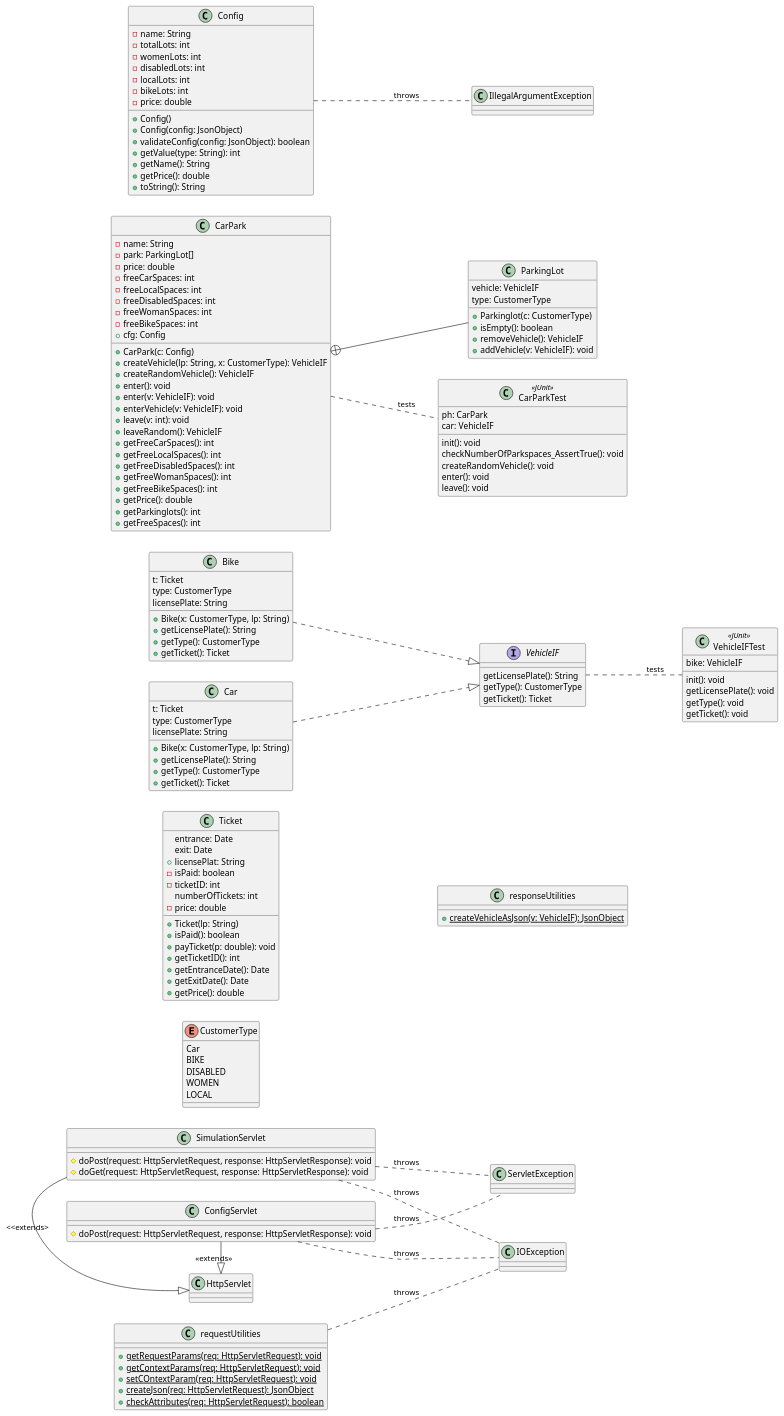
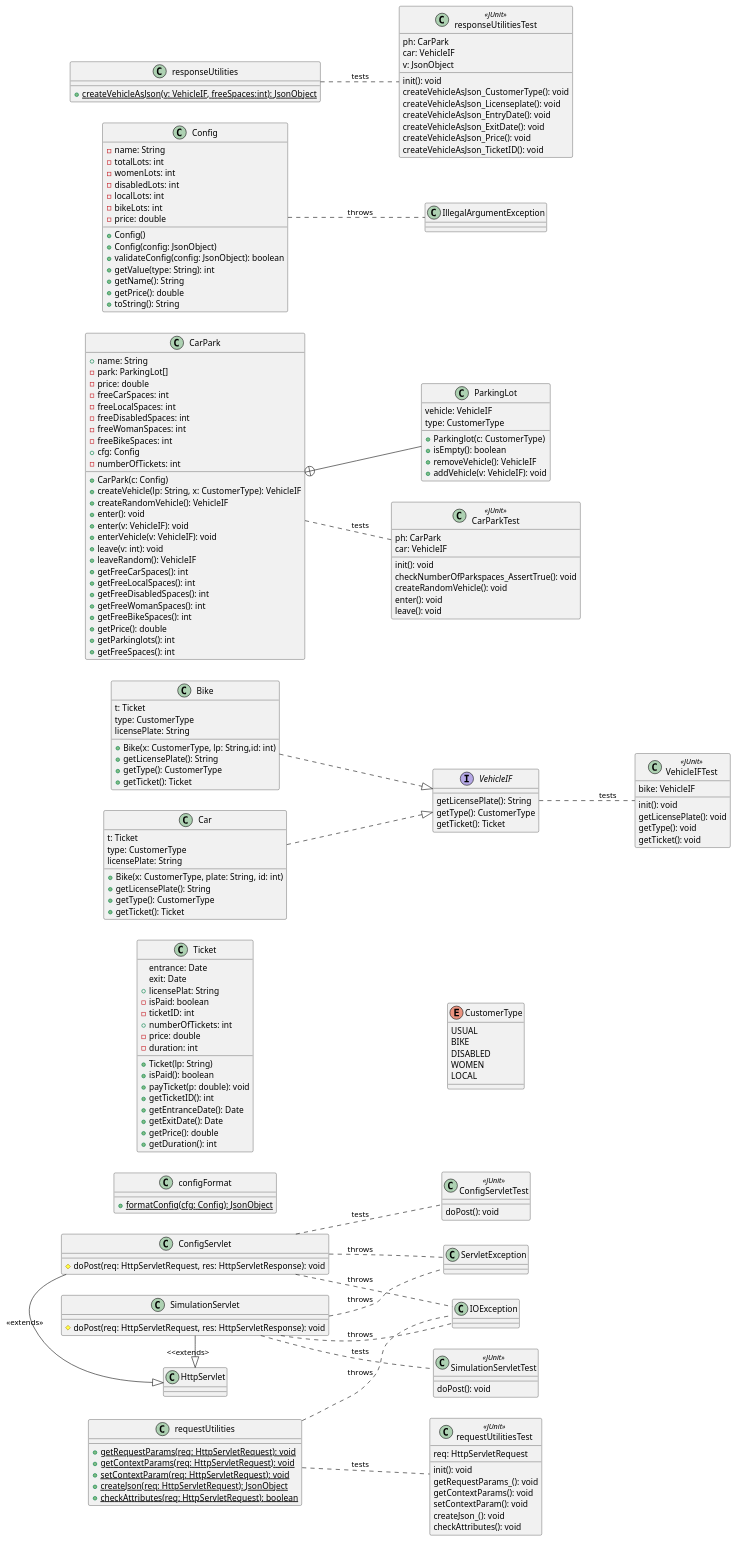
The diagram in UML/ParkhausClass.puml (jhausin/ParkhausSE1), drawn with PlantUML before and after one commit.

Commit message:
changed Class diagram

```diff
--- a/UML/ParkhausClass.puml
+++ b/UML/ParkhausClass.puml
@@ -6,12 +6,12 @@
 left to right direction
 
 class ConfigServlet{
-    #doPost(request: HttpServletRequest, response: HttpServletResponse): void
+    #doPost(req: HttpServletRequest, res: HttpServletResponse): void
 }
 
 class SimulationServlet{
-    #doPost(request: HttpServletRequest, response: HttpServletResponse): void
-    #doGet(request: HttpServletRequest, response: HttpServletResponse): void
+    #doPost(req: HttpServletRequest, res: HttpServletResponse): void
+
 }
 
 interface VehicleIF{
@@ -26,7 +26,7 @@
     type: CustomerType
     licensePlate: String
 
-    +Bike(x: CustomerType, lp: String)
+    +Bike(x: CustomerType, lp: String,id: int)
     +getLicensePlate(): String
     +getType(): CustomerType
     +getTicket(): Ticket
@@ -38,14 +38,14 @@
         type: CustomerType
         licensePlate: String
 
-        +Bike(x: CustomerType, lp: String)
+        +Bike(x: CustomerType, plate: String, id: int)
         +getLicensePlate(): String
         +getType(): CustomerType
         +getTicket(): Ticket
 }
 
 class CarPark{
-    -name: String
+    +name: String
     -park: ParkingLot[]
     -price: double
     -freeCarSpaces: int
@@ -54,6 +54,7 @@
     -freeWomanSpaces: int
     -freeBikeSpaces: int
     +cfg: Config
+    -numberOfTickets: int
 
     +CarPark(c: Config)
     +createVehicle(lp: String, x: CustomerType): VehicleIF
@@ -109,8 +110,9 @@
     +licensePlat: String
     -isPaid: boolean
     -ticketID: int
-    numberOfTickets: int
+    +numberOfTickets: int
     -price: double
+    -duration: int
 
     +Ticket(lp: String)
     +isPaid(): boolean
@@ -119,11 +121,16 @@
     +getEntranceDate(): Date
     +getExitDate(): Date
     +getPrice(): double
+    +getDuration(): int
 
 }
 
+class configFormat{
+    {static}+ formatConfig(cfg: Config): JsonObject
+}
+
 enum CustomerType{
-    Car
+    USUAL
     BIKE
     DISABLED
     WOMEN
@@ -133,13 +140,46 @@
 class requestUtilities{
     {static}+getRequestParams(req: HttpServletRequest): void
     {static}+getContextParams(req: HttpServletRequest): void
-    {static}+setCOntextParam(req: HttpServletRequest): void
+    {static}+setContextParam(req: HttpServletRequest): void
     {static}+createJson(req: HttpServletRequest): JsonObject
     {static}+checkAttributes(req: HttpServletRequest): boolean
 }
 
 class responseUtilities{
-    {static}+createVehicleAsJson(v: VehicleIF): JsonObject
+    {static}+createVehicleAsJson(v: VehicleIF, freeSpaces:int): JsonObject
+}
+
+class ConfigServletTest <<JUnit>>{
+    doPost(): void
+}
+
+class requestUtilitiesTest <<JUnit>>{
+    req: HttpServletRequest
+
+    init(): void
+    getRequestParams_(): void
+    getContextParams(): void
+    setContextParam(): void
+    createJson_(): void
+    checkAttributes(): void
+}
+
+class responseUtilitiesTest <<JUnit>>{
+    ph: CarPark
+    car: VehicleIF
+    v: JsonObject
+
+    init(): void
+    createVehicleAsJson_CustomerType(): void
+    createVehicleAsJson_Licenseplate(): void
+    createVehicleAsJson_EntryDate(): void
+    createVehicleAsJson_ExitDate(): void
+    createVehicleAsJson_Price(): void
+    createVehicleAsJson_TicketID(): void
+}
+
+class SimulationServletTest <<JUnit>>{
+    doPost(): void
 }
 
 class CarParkTest <<JUnit>>{
@@ -189,6 +229,10 @@
 
 VehicleIF .. VehicleIFTest: tests
 CarPark .. CarParkTest: tests
+requestUtilities .. requestUtilitiesTest: tests
+responseUtilities .. responseUtilitiesTest: tests
+ConfigServlet .. ConfigServletTest: tests
+SimulationServlet .. SimulationServletTest: tests
 
 
 @enduml
```
